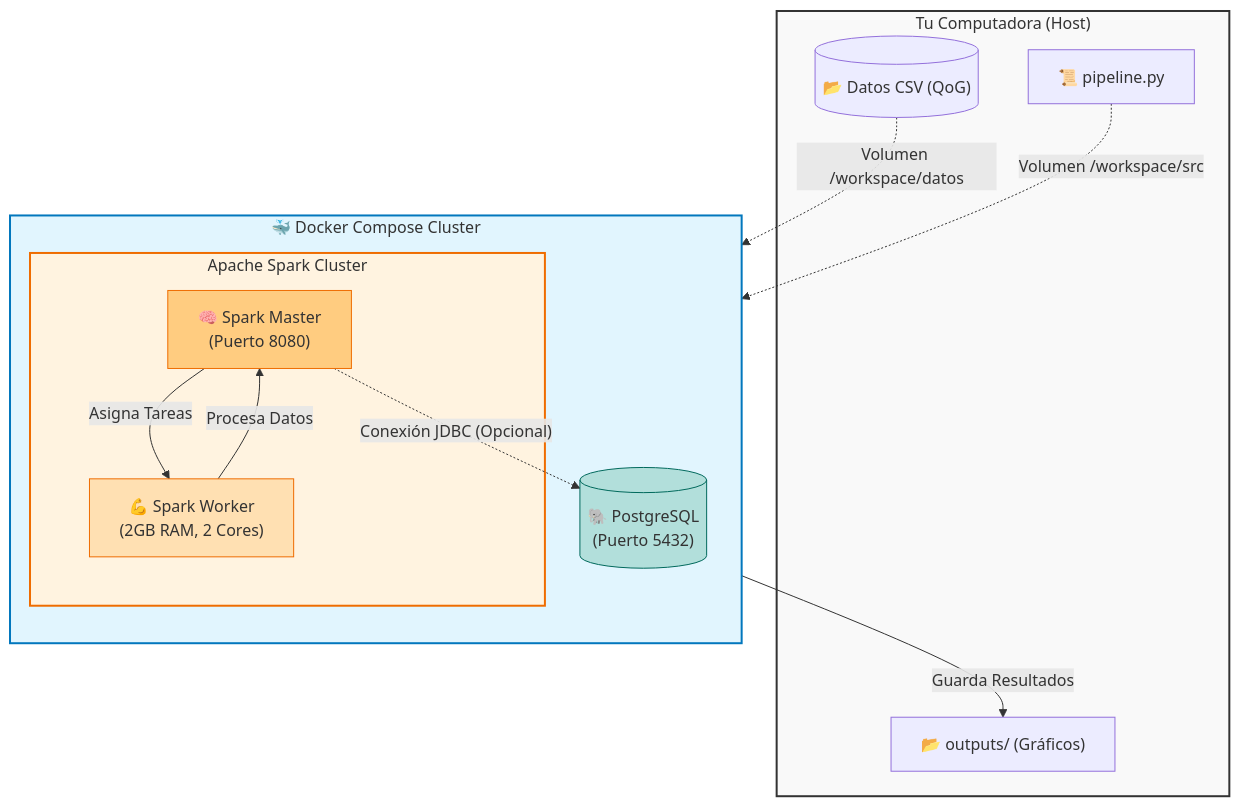
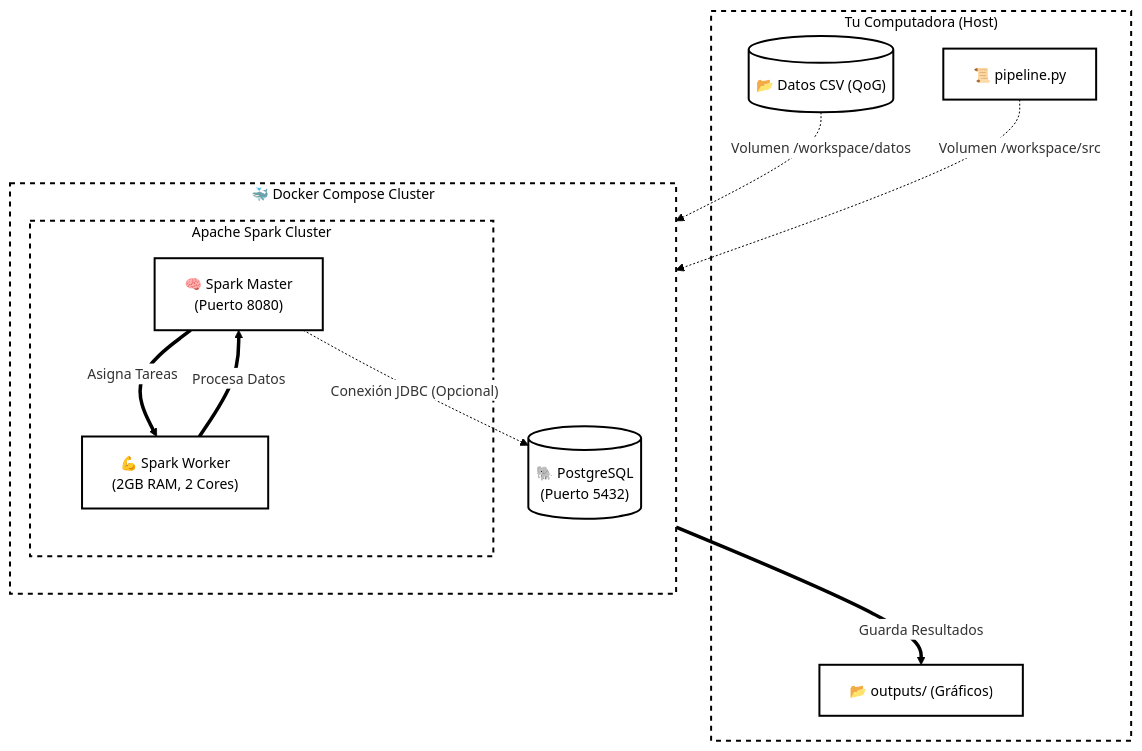
The first of 2 diagrams in entregas/trabajo_final/rivasplata_carlos/01_README.md (CarlosRivasplata/ejercicios-bigdata), drawn with Mermaid before and after one commit. The commit also changed other lines of this file and 1 other file, not shown here.

Commit message:
Estilo profesional Mermaid (Blanco y Negro)

````diff
--- a/entregas/trabajo_final/rivasplata_carlos/01_README.md
+++ b/entregas/trabajo_final/rivasplata_carlos/01_README.md
@@ -72,37 +72,35 @@
 ```mermaid
+%%{init: {'theme': 'base', 'themeVariables': { 'primaryColor': '#ffffff', 'edgeLabelBackground':'#ffffff', 'tertiaryColor': '#ffffff', 'mainBkg': '#ffffff', 'nodeBorder': '#000000', 'lineColor': '#000000', 'fontFamily': 'arial', 'fontSize': '14px'}}}%%
 graph TD
     subgraph Host_Machine ["Tu Computadora (Host)"]
         CSV[("📂 Datos CSV (QoG)")]
         Code["📜 pipeline.py"]
         Output_Local["📂 outputs/ (Gráficos)"]
     end
 
     subgraph Docker_Environment ["🐳 Docker Compose Cluster"]
         direction TB
         
         subgraph Spark_Cluster ["Apache Spark Cluster"]
             Master["🧠 Spark Master<br>(Puerto 8080)"]
             Worker["💪 Spark Worker<br>(2GB RAM, 2 Cores)"]
         end
         
         Postgres[("🐘 PostgreSQL<br>(Puerto 5432)")]
     end
 
     %% Conexiones de Volúmenes
     CSV -.-> |Volumen /workspace/datos| Master
     Code -.-> |Volumen /workspace/src| Master
     
-    %% Flujo de Datos
-    Master --> |Asigna Tareas| Worker
-    Worker --> |Procesa Datos| Master
-    Master --> |Guarda Resultados| Output_Local
+    %% Flujo de Datos (Flechas gruesas)
+    Master ==> |Asigna Tareas| Worker
+    Worker ==> |Procesa Datos| Master
+    Master ==> |Guarda Resultados| Output_Local
     Master -.-> |"Conexión JDBC (Opcional)"| Postgres
 
-    %% Estilos
-    style Host_Machine fill:#f9f9f9,stroke:#333,stroke-width:2px
-    style Docker_Environment fill:#e1f5fe,stroke:#0277bd,stroke-width:2px
-    style Spark_Cluster fill:#fff3e0,stroke:#ef6c00,stroke-width:2px
-    style Master fill:#ffcc80,stroke:#ef6c00
-    style Worker fill:#ffe0b2,stroke:#ef6c00
-    style Postgres fill:#b2dfdb,stroke:#00695c
+    %% Estilos Globales Profesionales
+    classDef default fill:#fff,stroke:#000,stroke-width:2px,color:#000;
+    classDef cluster fill:#fff,stroke:#000,stroke-width:2px,color:#000,stroke-dasharray: 5 5;
+    class Host_Machine,Docker_Environment,Spark_Cluster cluster;
 ```
````
